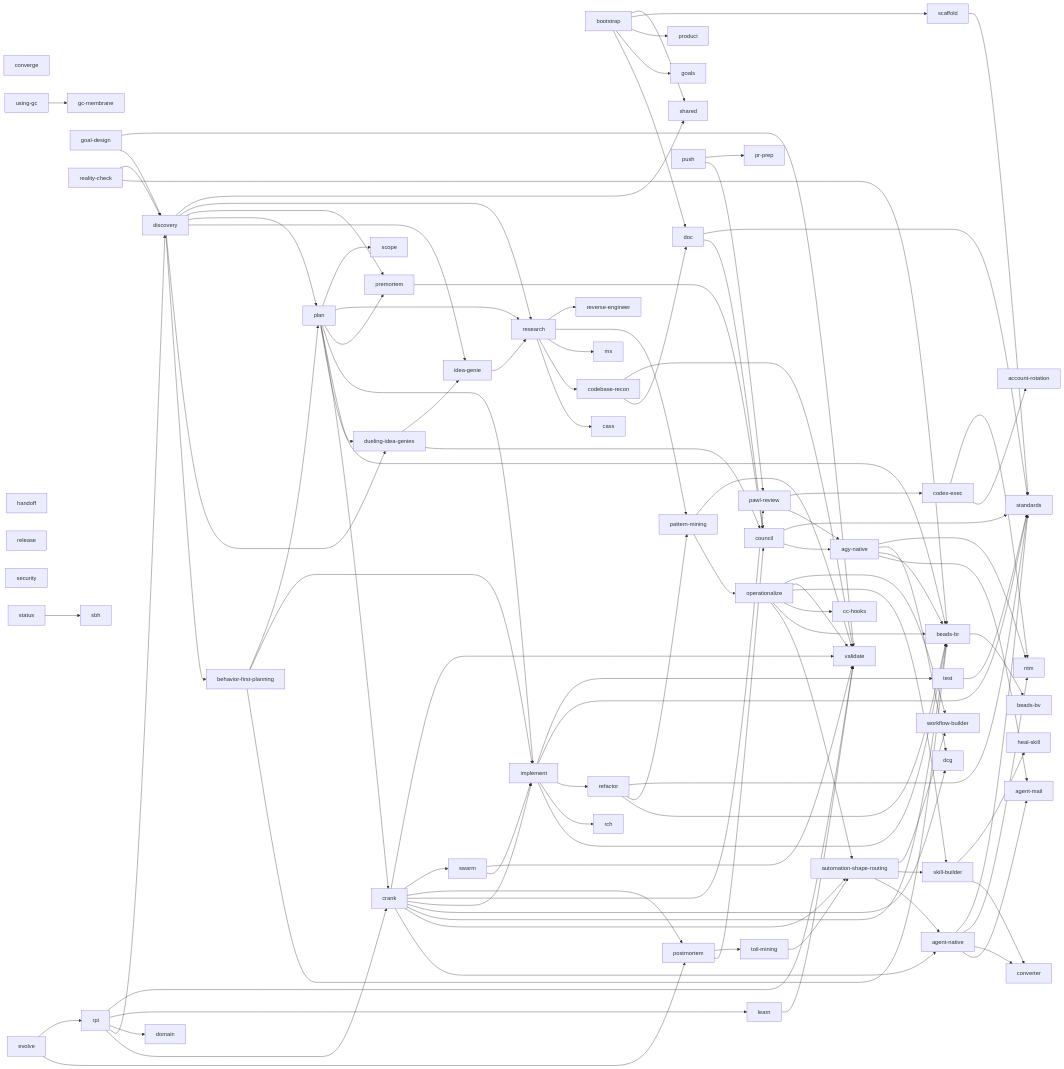
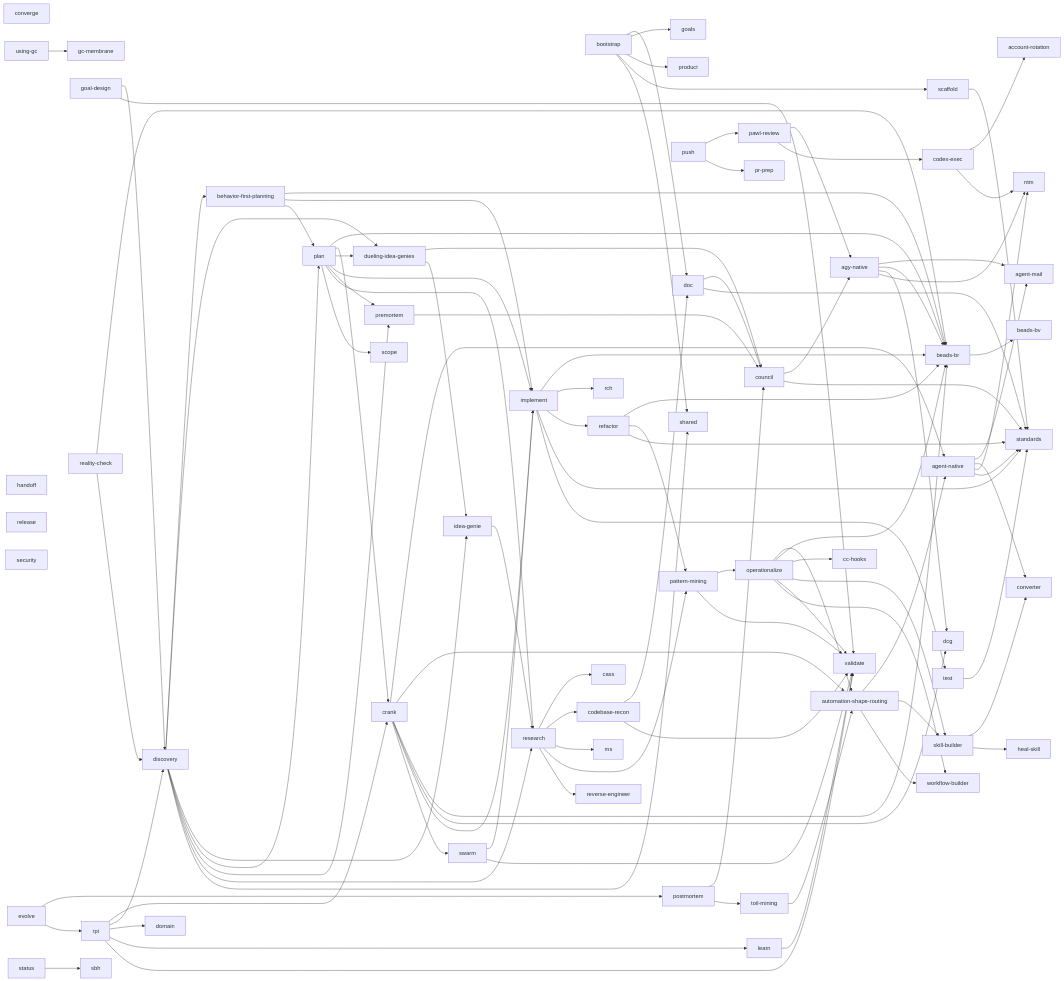
One commit to boshu2/agentops changed the first of 2 diagrams in docs/contracts/context-map.md. Above: the diagram before and after it, drawn with Mermaid. The commit also changed other lines of this file and 151 other files, not shown here.

```diff
--- a/docs/contracts/context-map.md
+++ b/docs/contracts/context-map.md
@@ -192,10 +192,7 @@
   crank --> beads_br
   crank --> dcg
   crank --> implement
-  crank --> pawl_review
-  crank --> postmortem
   crank --> swarm
-  crank --> validate
   discovery --> behavior_first_planning
   discovery --> dueling_idea_genies
   discovery --> idea_genie
```
